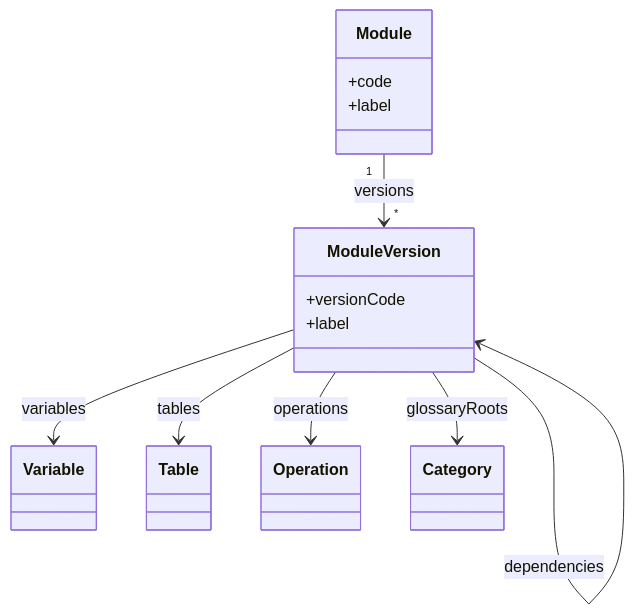
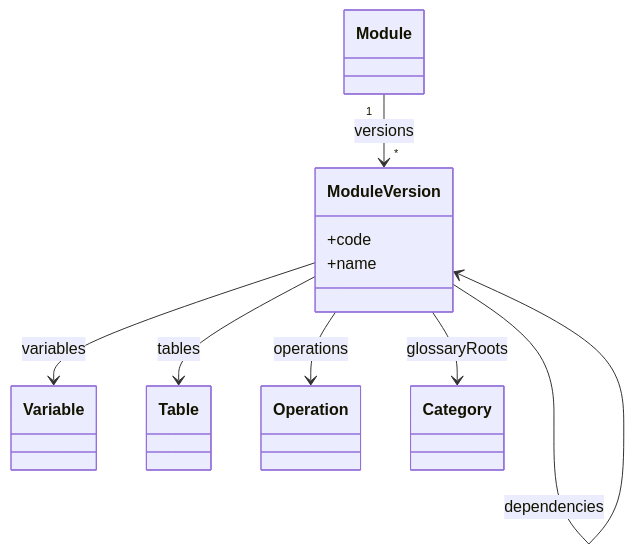
Before and after one commit to sdmx-twg/wp-sdmx-dpm: diagram 11 of 13 in docs/models-relationships/02_data_definition/01_data_definition_overview.md, drawn with Mermaid. The commit also changed other lines of this file, not shown here.

Commit message:
docs: correct Module and ModuleVersion attributes in diagrams
Module has no code or label in the DPM spec (spec Figure 31 ER shows
only ModuleID and FrameworkID). ModuleVersion is identified by Code and
Name (spec §5.2.2.2), not versionCode/label.

Addresses #93

````diff
--- a/docs/models-relationships/02_data_definition/01_data_definition_overview.md
+++ b/docs/models-relationships/02_data_definition/01_data_definition_overview.md
@@ -352,17 +352,14 @@
 ```mermaid
 classDiagram
-    class Module {
+    class Module
+    class ModuleVersion {
       +code
-      +label
-    }
-    class ModuleVersion {
-      +versionCode
-      +label
+      +name
     }
     Module "1" --> "*" ModuleVersion : versions
     ModuleVersion --> Variable : variables
     ModuleVersion --> Table : tables
     ModuleVersion --> Operation : operations
     ModuleVersion --> Category : glossaryRoots
     ModuleVersion --> ModuleVersion : dependencies
 ```
````
